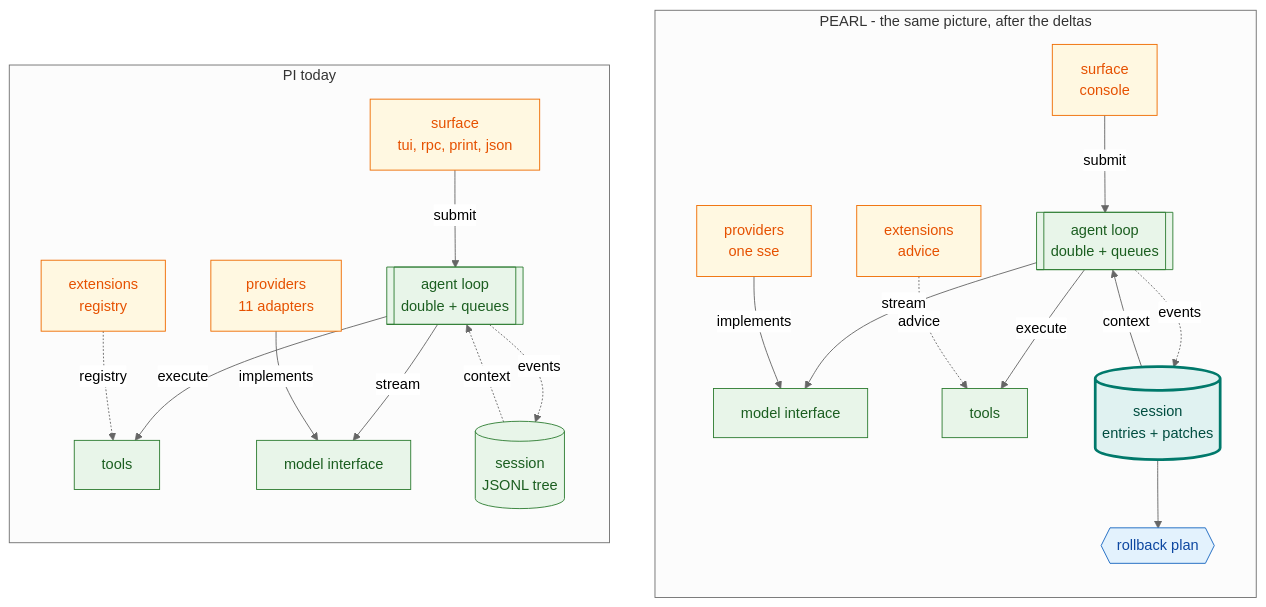
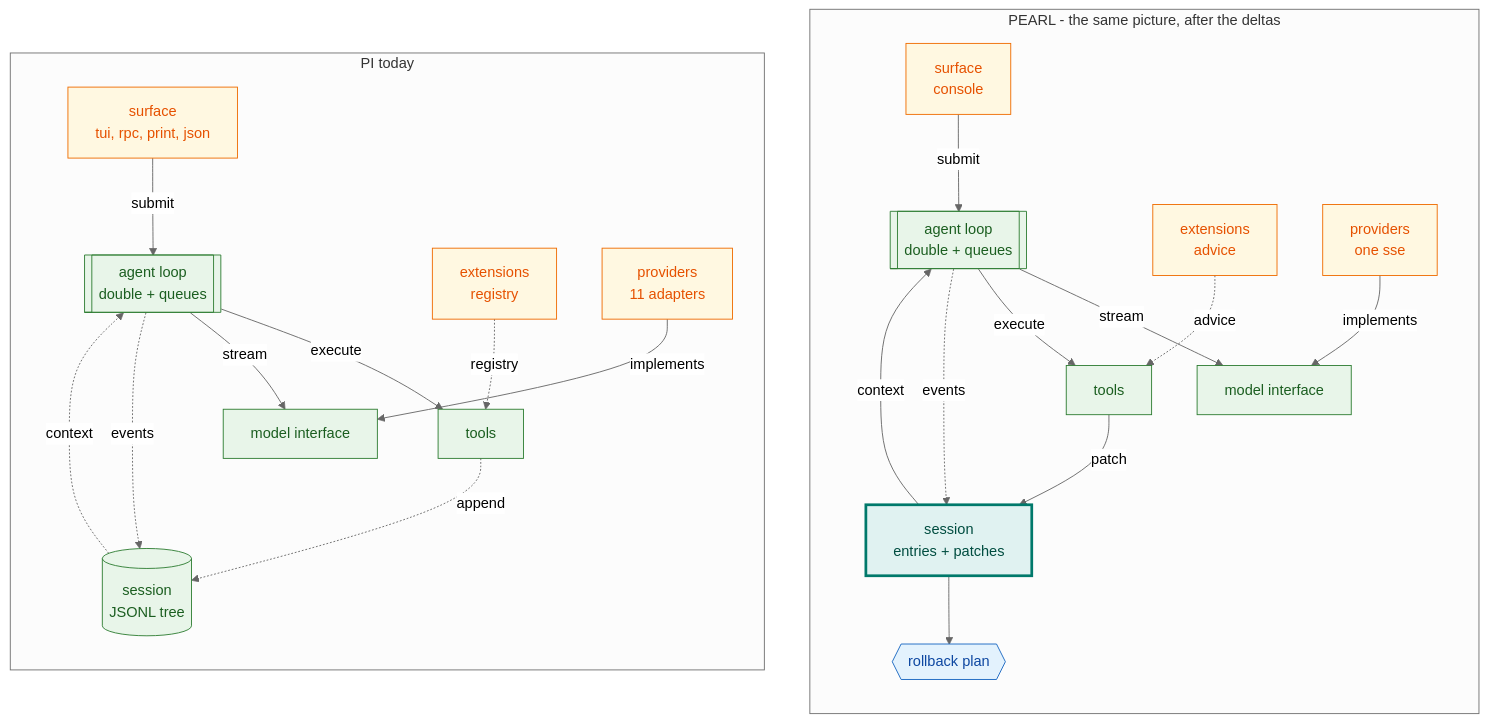
One commit to OverbearingPearl/pearl changed the diagram in README.md. Above: the diagram before and after it, drawn with Mermaid (neutral theme). The commit also changed other lines of this file, not shown here.

````diff
--- a/README.md
+++ b/README.md
@@ -57,33 +57,35 @@
 ```mermaid
 flowchart TB
   subgraph R["PEARL - the same picture, after the deltas"]
     direction TB
     r_surf["surface<br/>console"] -->|submit| r_loop[["agent loop<br/>double + queues"]]
     r_loop -->|stream| r_model["model interface"]
     r_loop -->|execute| r_tools["tools"]
-    r_loop -.->|events| r_sess[("session<br/>entries + patches")]
+    r_loop -.->|events| r_sess["session<br/>entries + patches"]
+    r_tools -->|patch| r_sess
     r_sess -->|context| r_loop
     r_sess --> r_plan{{"rollback plan"}}
     r_ext["extensions<br/>advice"] -.->|advice| r_tools
     r_prov["providers<br/>one sse"] -->|implements| r_model
   end
   subgraph L["PI today"]
     direction TB
     l_surf["surface<br/>tui, rpc, print, json"] -->|submit| l_loop[["agent loop<br/>double + queues"]]
     l_loop -->|execute| l_tools["tools"]
     l_loop -->|stream| l_model["model interface"]
     l_loop -.->|events| l_sess[("session<br/>JSONL tree")]
+    l_tools -.->|append| l_sess
     l_sess -.->|context| l_loop
     l_ext["extensions<br/>registry"] -.->|registry| l_tools
     l_prov["providers<br/>11 adapters"] -->|implements| l_model
   end
   classDef keep fill:#e8f5e9,stroke:#2e7d32,color:#1b5e20
   classDef moved fill:#e0f2f1,stroke:#00796b,color:#004d40,stroke-width:3px
   classDef added fill:#e3f2fd,stroke:#1565c0,color:#0d47a1
   classDef changed fill:#fff8e1,stroke:#ef6c00,color:#e65100
   class l_loop,l_model,l_tools,l_sess,r_loop,r_model,r_tools keep
   class l_surf,l_ext,l_prov changed
   class r_surf,r_ext,r_prov changed
   class r_sess moved
   class r_plan added
 ```
````
